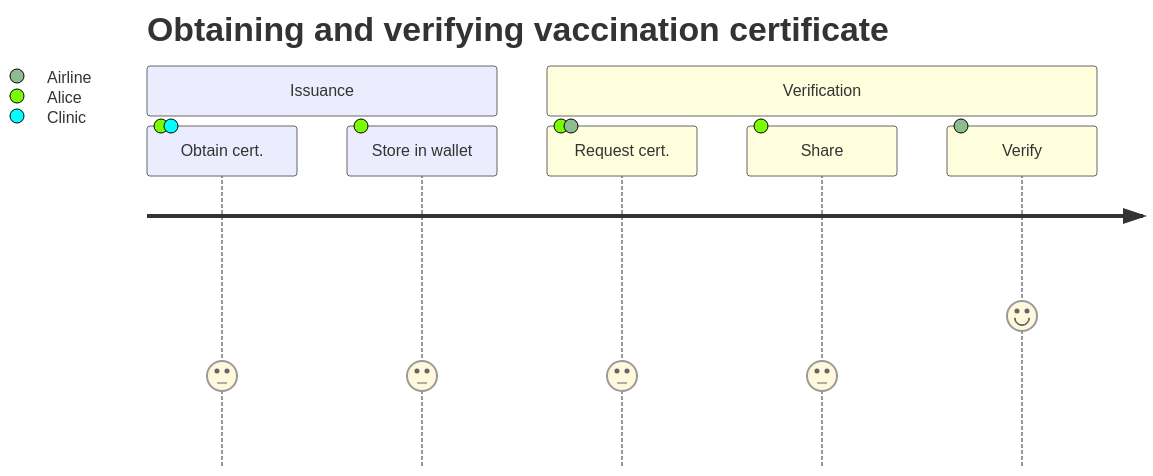
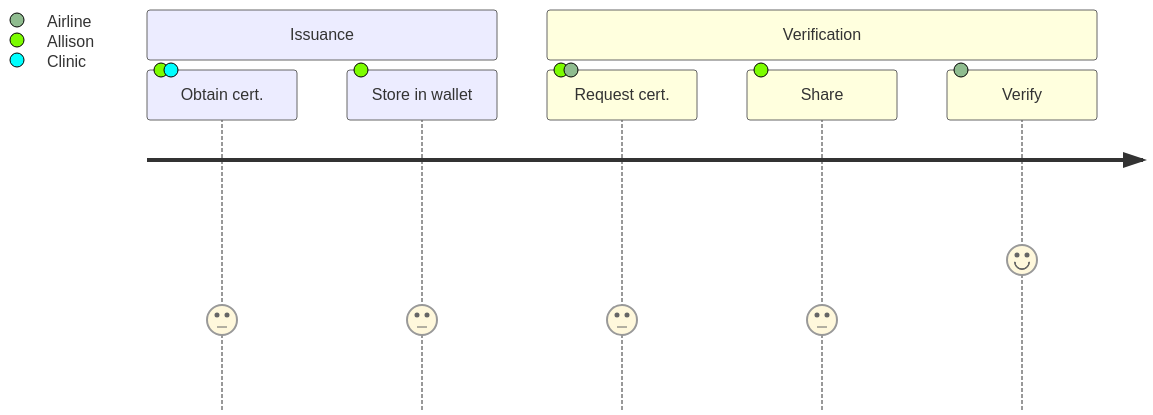
Before and after one commit to trinsic-id/v2-sdk: the diagram in docs/walkthrough/snippets/intro-use-case.md, drawn with Mermaid. The commit also changed 4 other files, not shown here.

````diff
--- a/docs/walkthrough/snippets/intro-use-case.md
+++ b/docs/walkthrough/snippets/intro-use-case.md
@@ -6,11 +6,10 @@
 ```mermaid
 journey
-    title Obtaining and verifying vaccination certificate
     section Issuance
-      Obtain cert.: 3: Alice, Clinic
-      Store in wallet: 3: Alice
+      Obtain cert.: 3: Allison, Clinic
+      Store in wallet: 3: Allison
     section Verification
-      Request cert.: 3: Alice, Airline
-      Share: 3: Alice
+      Request cert.: 3: Allison, Airline
+      Share: 3: Allison
       Verify: 5: Airline
 ```
````
